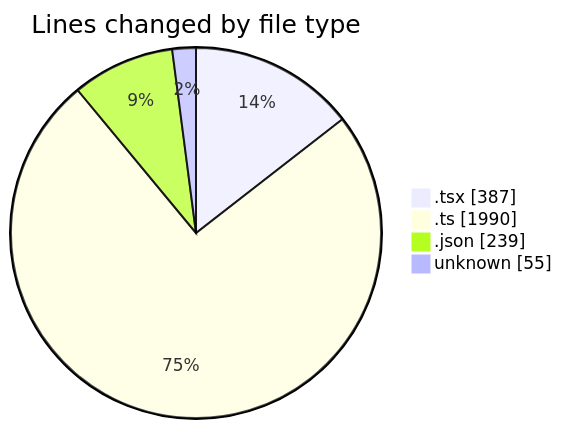
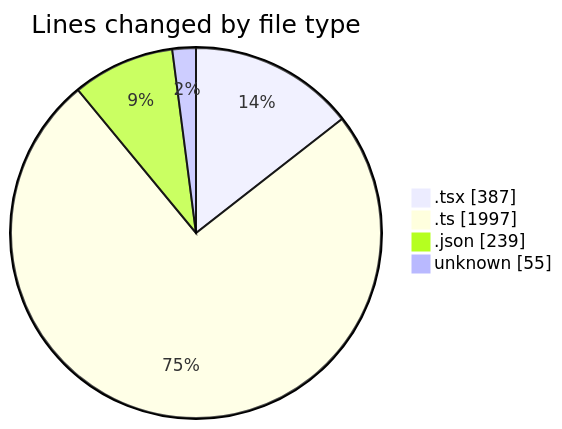
One commit to momahboobian/code-tracking changed the first of 2 diagrams in 2025-10-21/cda/README.md. Above: the diagram before and after it, drawn with Mermaid. The commit also changed other lines of this file and 1 other file, not shown here.

````diff
--- a/2025-10-21/cda/README.md
+++ b/2025-10-21/cda/README.md
@@ -33,8 +33,8 @@
 ```mermaid
 pie showData
 title Lines changed by file type
 ".tsx" : 387
-".ts" : 1990
+".ts" : 1997
 ".json" : 239
 "unknown" : 55
 ```
````
